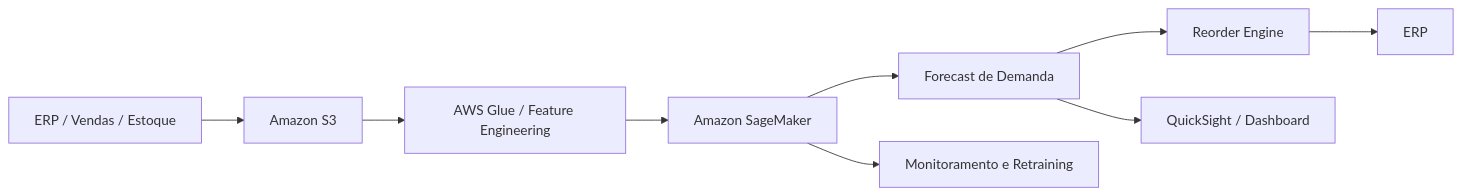
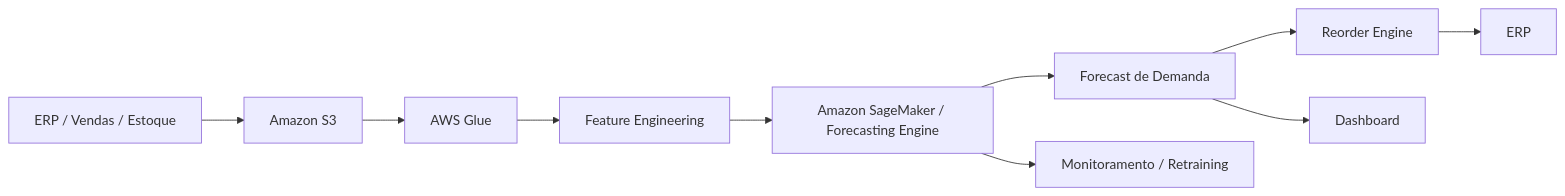
One commit to matheusflorindo32/lab-aws-sagemaker-canvas-estoque changed the third of 3 diagrams in README.md. Above: the diagram before and after it, drawn with Mermaid. The commit also changed other lines of this file, not shown here.

Commit message:
docs: transform README into dual-track Inventory Forecasting Studio case

````diff
--- a/README.md
+++ b/README.md
@@ -114,11 +340,12 @@
 ```mermaid
 flowchart LR
     A[ERP / Vendas / Estoque] --> B[Amazon S3]
-    B --> C[AWS Glue / Feature Engineering]
-    C --> D[Amazon SageMaker]
-    D --> E[Forecast de Demanda]
-    E --> F[Reorder Engine]
-    F --> G[ERP]
-    E --> H[QuickSight / Dashboard]
-    D --> I[Monitoramento e Retraining]
+    B --> C[AWS Glue]
+    C --> D[Feature Engineering]
+    D --> E[Amazon SageMaker / Forecasting Engine]
+    E --> F[Forecast de Demanda]
+    F --> G[Reorder Engine]
+    G --> H[ERP]
+    F --> I[Dashboard]
+    E --> J[Monitoramento / Retraining]
 ```
````
